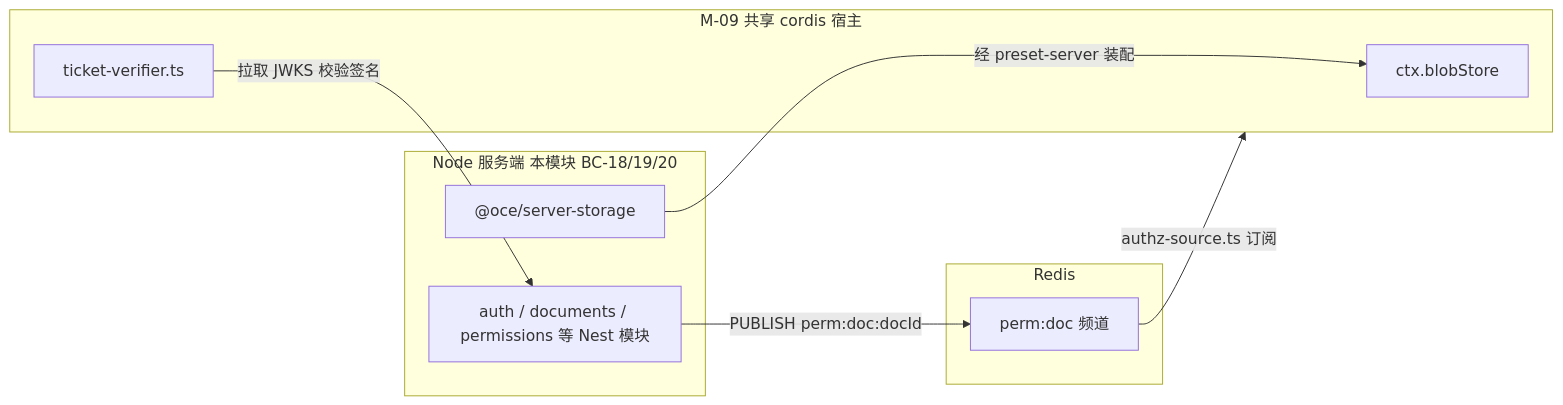
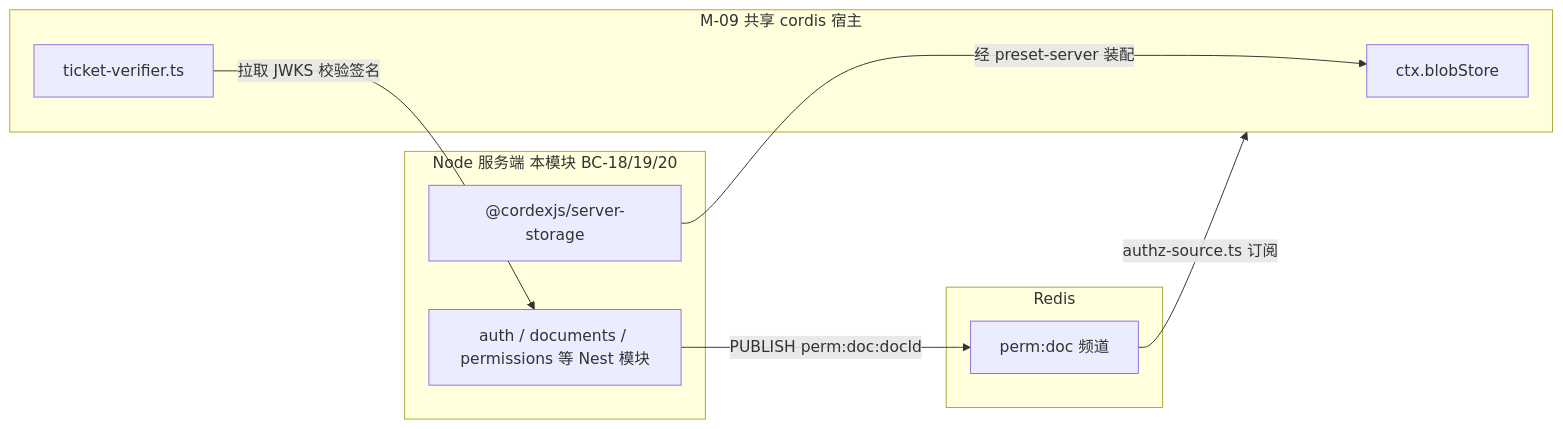
Before and after one commit to Xeonice/cordis-ppt-editor: the fourth of 4 diagrams in docs/40-modules/08-server-identity-documents-and-storage.md, drawn with Mermaid. The commit also changed other lines of this file and 23 other files, not shown here.

````diff
--- a/docs/40-modules/08-server-identity-documents-and-storage.md
+++ b/docs/40-modules/08-server-identity-documents-and-storage.md
@@ -848,18 +773,18 @@
 ```mermaid
 flowchart LR
 subgraph serverMod["Node 服务端 本模块 BC-18/19/20"]
   authNest["auth / documents / permissions 等 Nest 模块"]
-  storagePkg["@oce/server-storage"]
+  storagePkg["@cordexjs/server-storage"]
 end
 subgraph redis["Redis"]
   permChan["perm:doc 频道"]
 end
 subgraph hostM09["M-09 共享 cordis 宿主"]
   blobCtx["ctx.blobStore"]
   ticketVerify["ticket-verifier.ts"]
 end
 authNest -- "PUBLISH perm:doc:docId" --> permChan
 permChan -- "authz-source.ts 订阅" --> hostM09
 storagePkg -- "经 preset-server 装配" --> blobCtx
 ticketVerify -- "拉取 JWKS 校验签名" --> authNest
 ```
````
